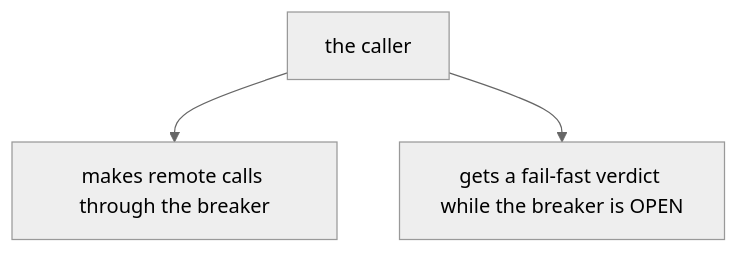
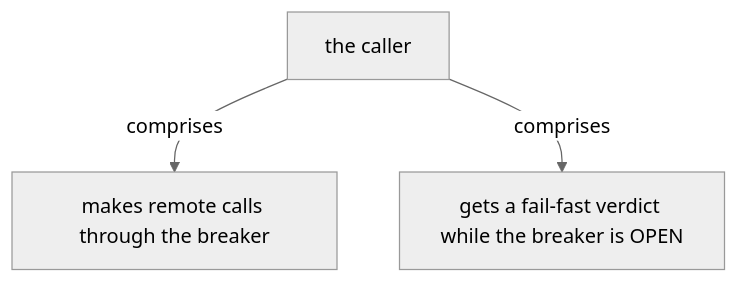
One commit to vinayakuber/microservices-io-study-guide changed the fifth of 13 diagrams in docs/ch07-circuit-breaker.md. Above: the diagram before and after it, drawn with Mermaid (neutral theme). The commit also changed other lines of this file and 71 other files, not shown here.

First line of the commit message:
R18: label every diagram arrow with its meaning

````diff
--- a/docs/ch07-circuit-breaker.md
+++ b/docs/ch07-circuit-breaker.md
@@ -223,6 +223,6 @@
 ```mermaid
 flowchart TD
   R["the caller"]
-  R --> P0["makes remote calls through the breaker"]
-  R --> P1["gets a fail-fast verdict while the breaker is OPEN"]
+  R -->|"comprises"| P0["makes remote calls through the breaker"]
+  R -->|"comprises"| P1["gets a fail-fast verdict while the breaker is OPEN"]
 ```
````
